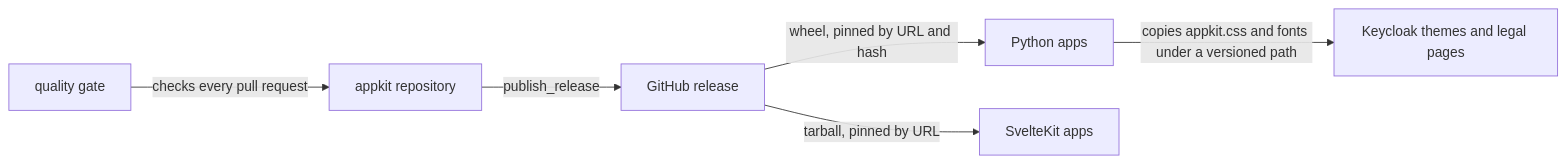
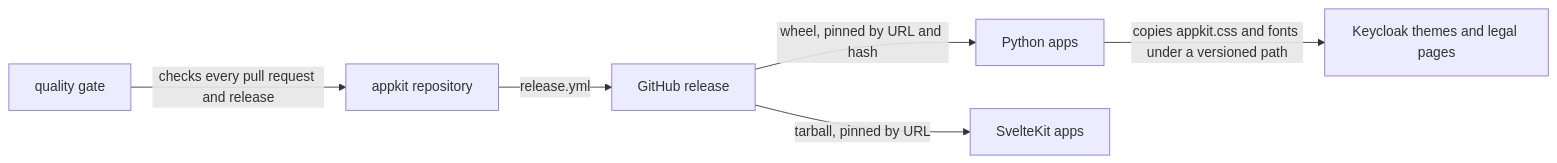
One commit to overnightworks/appkit changed the first of 3 diagrams in docs/ARCHITECTURE.md. Above: the diagram before and after it, drawn with Mermaid. The commit also changed other lines of this file and 6 other files, not shown here.

First line of the commit message:
appkit releases through the fleet's release path (#130)

````diff
--- a/docs/ARCHITECTURE.md
+++ b/docs/ARCHITECTURE.md
@@ -12,14 +12,14 @@
 ```mermaid
 flowchart LR
   appkit[appkit repository]
   gate[quality gate]
   release[GitHub release]
   py[Python apps]
   kit[SvelteKit apps]
   kc[Keycloak themes and legal pages]
-  gate -- checks every pull request --> appkit
-  appkit -- publish_release --> release
+  gate -- checks every pull request and release --> appkit
+  appkit -- release.yml --> release
   release -- wheel, pinned by URL and hash --> py
   release -- tarball, pinned by URL --> kit
   py -- copies appkit.css and fonts under a versioned path --> kc
 ```
````
